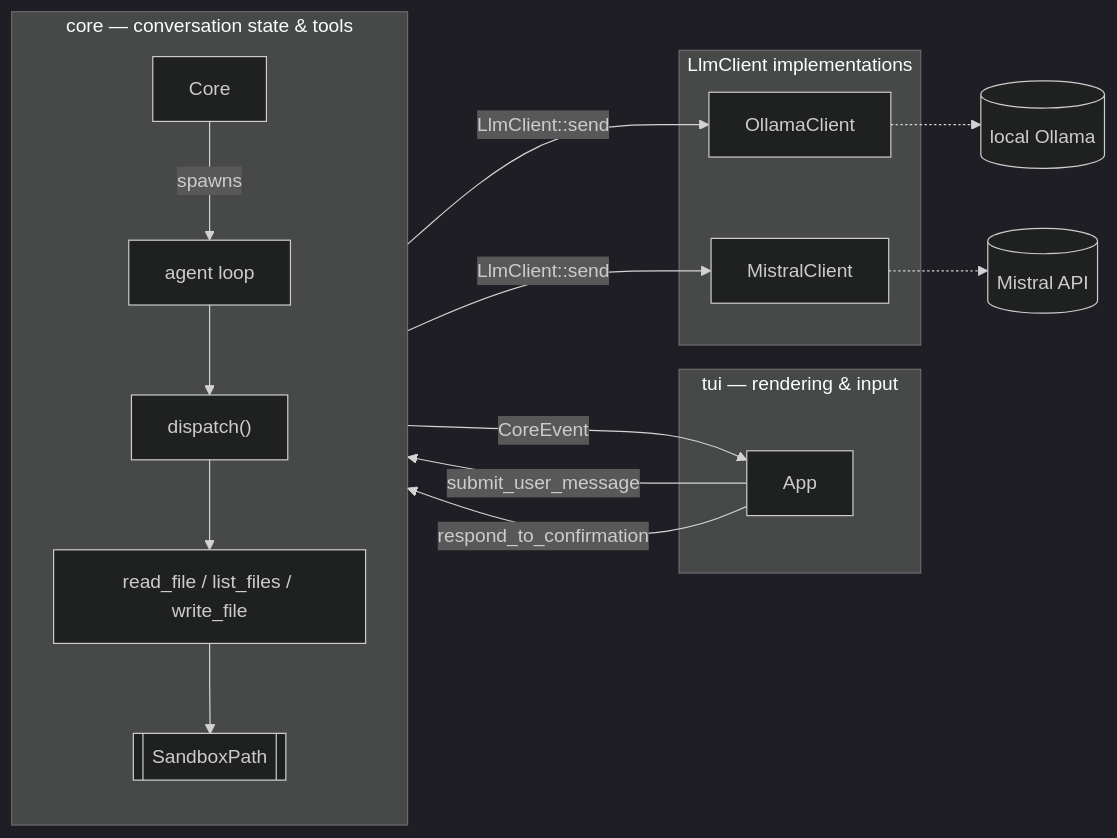
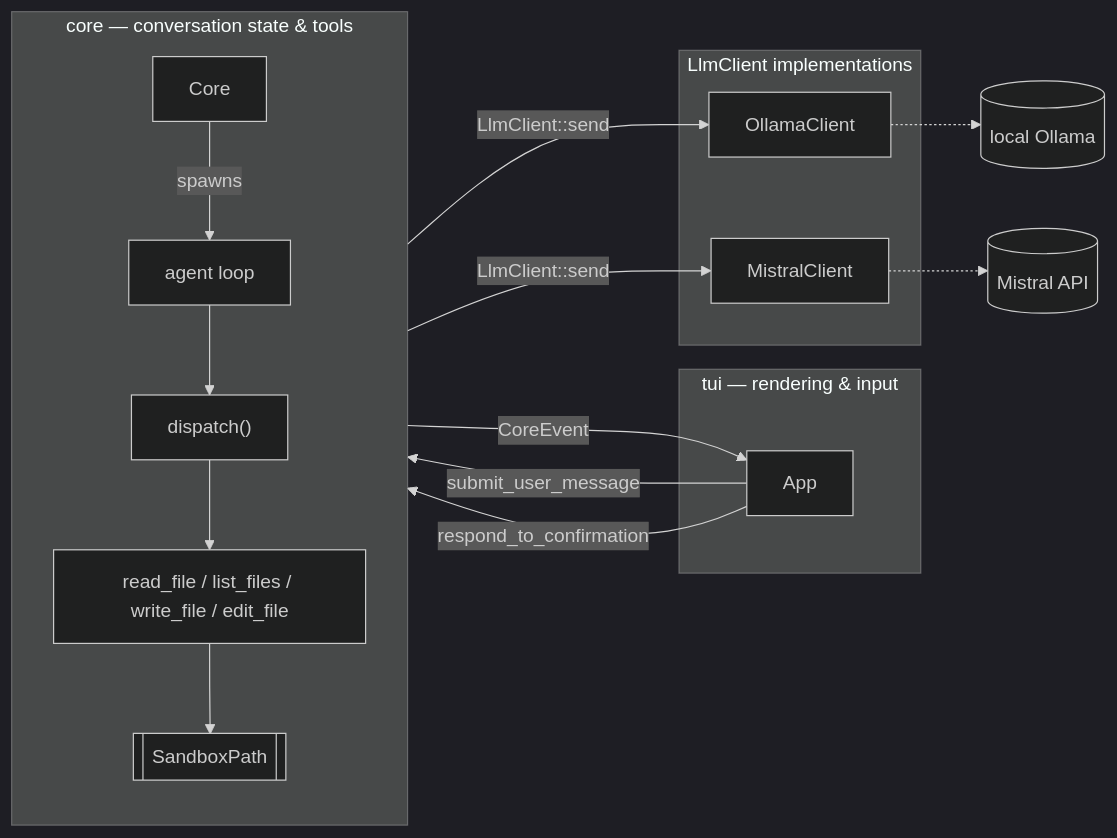
The diagram in ARCHITECTURE.md (sukkis/emed-code), drawn with Mermaid (dark theme) before and after one commit. The commit also changed other lines of this file and 3 other files, not shown here.

Commit message:
Wire edit_file into tool_definitions() and run_agent_loop's routing; update ARCHITECTURE/README/CoreEvent docs now that it's real

````diff
--- a/ARCHITECTURE.md
+++ b/ARCHITECTURE.md
@@ -9,32 +9,32 @@
 ```mermaid
 flowchart LR
     subgraph TUI["tui — rendering & input"]
         App
     end
 
     subgraph Core["core — conversation state & tools"]
         direction TB
         CoreStruct["Core"]
         Loop["agent loop"]
         Dispatch["dispatch()"]
-        Tools["read_file / list_files / write_file"]
+        Tools["read_file / list_files / write_file / edit_file"]
         Sandbox[["SandboxPath"]]
     end
 
     subgraph Providers["LlmClient implementations"]
         Ollama["OllamaClient"]
         Mistral["MistralClient"]
     end
 
     App -- "submit_user_message" --> CoreStruct
     CoreStruct -- "spawns" --> Loop
     Loop -- "CoreEvent" --> App
     App -- "respond_to_confirmation" --> Loop
     Loop --> Dispatch
     Dispatch --> Tools
     Tools --> Sandbox
     Loop -- "LlmClient::send" --> Ollama
     Loop -- "LlmClient::send" --> Mistral
     Ollama -.-> OllamaAPI[("local Ollama")]
     Mistral -.-> MistralAPI[("Mistral API")]
 ```
````
